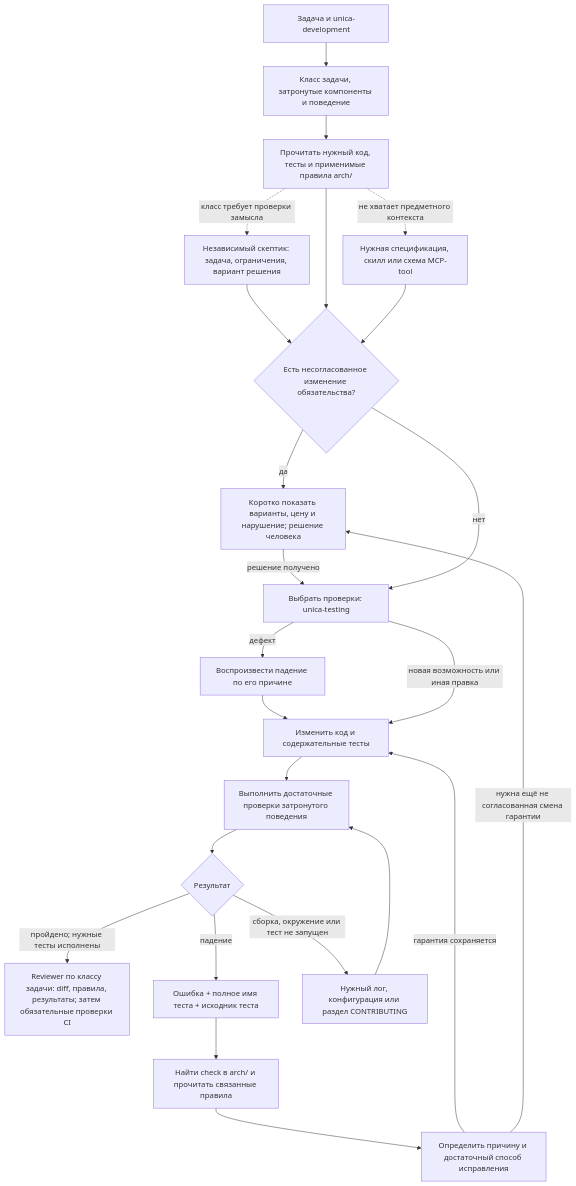
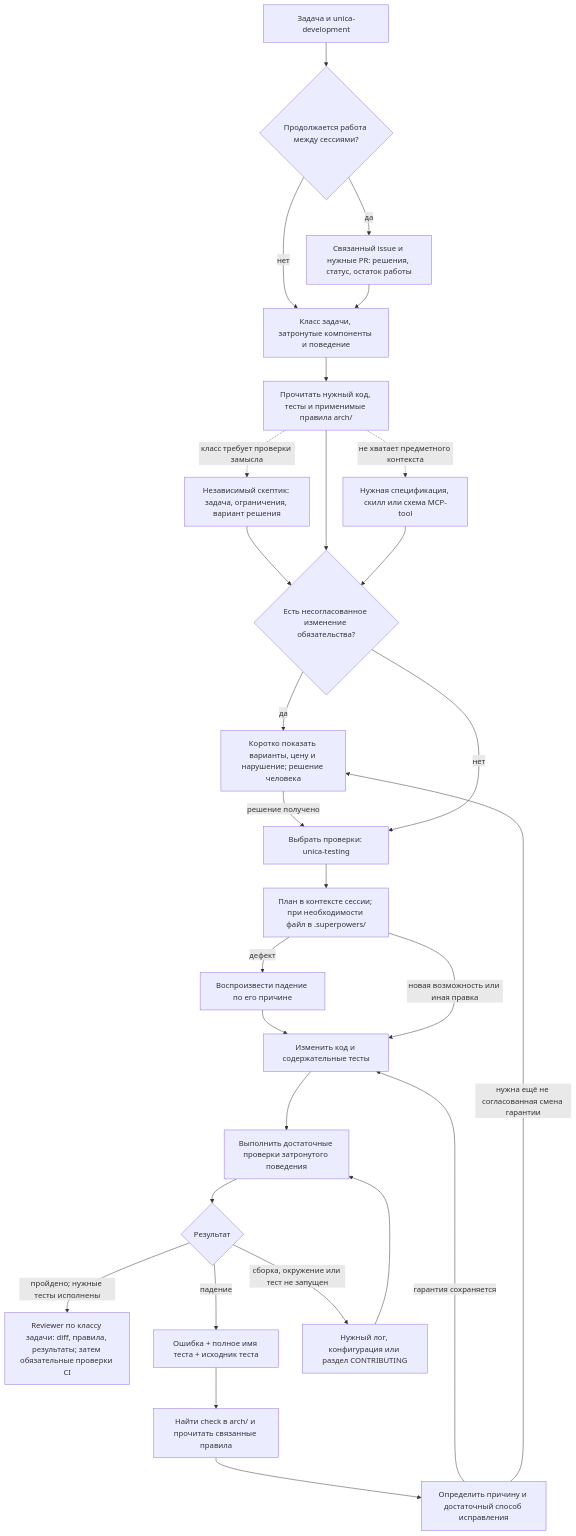
One commit to IngvarConsulting/unica changed the second of 2 diagrams in AI_DEV.md. Above: the diagram before and after it, drawn with Mermaid. The commit also changed other lines of this file and 1 other file, not shown here.

````diff
--- a/AI_DEV.md
+++ b/AI_DEV.md
@@ -68,26 +68,30 @@
 ```mermaid
 flowchart TD
-    T["Задача и unica-development"] --> B["Класс задачи, затронутые компоненты и поведение"]
+    T["Задача и unica-development"] --> CONT{"Продолжается работа между сессиями?"}
+    CONT -->|"да"| ISSUE["Связанный issue и нужные PR: решения, статус, остаток работы"]
+    CONT -->|"нет"| B["Класс задачи, затронутые компоненты и поведение"]
+    ISSUE --> B
     B --> R["Прочитать нужный код, тесты и применимые правила arch/"]
     R -.->|"класс требует проверки замысла"| SK["Независимый скептик: задача, ограничения, вариант решения"]
     SK --> K
     R --> K{"Есть несогласованное изменение обязательства?"}
     K -->|"да"| HUMAN["Коротко показать варианты, цену и нарушение; решение человека"]
     HUMAN -->|"решение получено"| SELECT["Выбрать проверки: unica-testing"]
     K -->|"нет"| SELECT
     R -.->|"не хватает предметного контекста"| EXTRA["Нужная спецификация, скилл или схема MCP-tool"]
     EXTRA --> K
-    SELECT -->|"дефект"| RED["Воспроизвести падение по его причине"]
+    SELECT --> PLAN["План в контексте сессии; при необходимости файл в .superpowers/"]
+    PLAN -->|"дефект"| RED["Воспроизвести падение по его причине"]
     RED --> CODE["Изменить код и содержательные тесты"]
-    SELECT -->|"новая возможность или иная правка"| CODE
+    PLAN -->|"новая возможность или иная правка"| CODE
     CODE --> RUN["Выполнить достаточные проверки затронутого поведения"]
     RUN --> RESULT{"Результат"}
     RESULT -->|"пройдено; нужные тесты исполнены"| REVIEW["Reviewer по классу задачи: diff, правила, результаты; затем обязательные проверки CI"]
     RESULT -->|"падение"| FAIL["Ошибка + полное имя теста + исходник теста"]
     FAIL --> LOOKUP["Найти check в arch/ и прочитать связанные правила"]
     LOOKUP --> DIAG["Определить причину и достаточный способ исправления"]
     DIAG -->|"гарантия сохраняется"| CODE
     DIAG -->|"нужна ещё не согласованная смена гарантии"| HUMAN
     RESULT -->|"сборка, окружение или тест не запущен"| ENV["Нужный лог, конфигурация или раздел CONTRIBUTING"]
     ENV --> RUN
 ```
````
